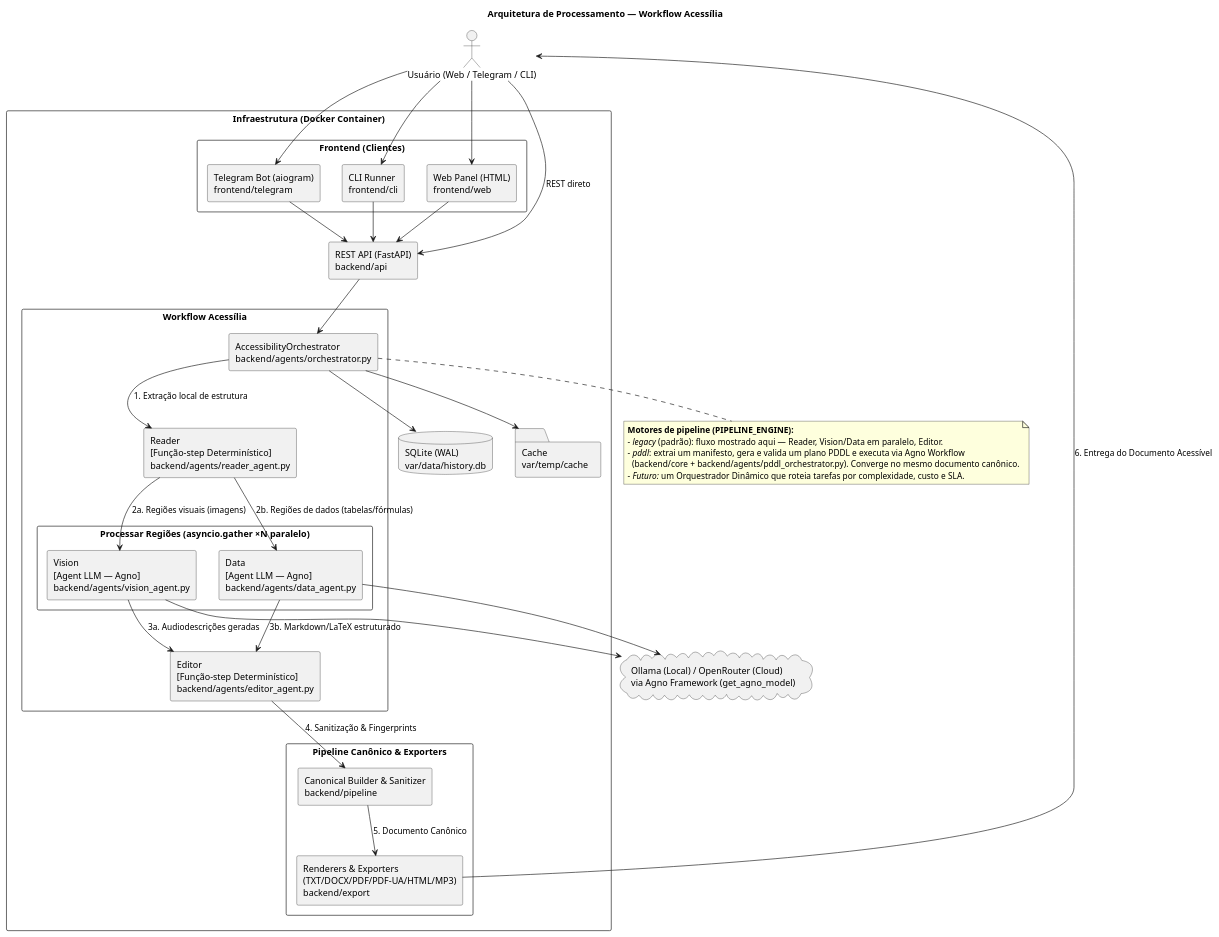
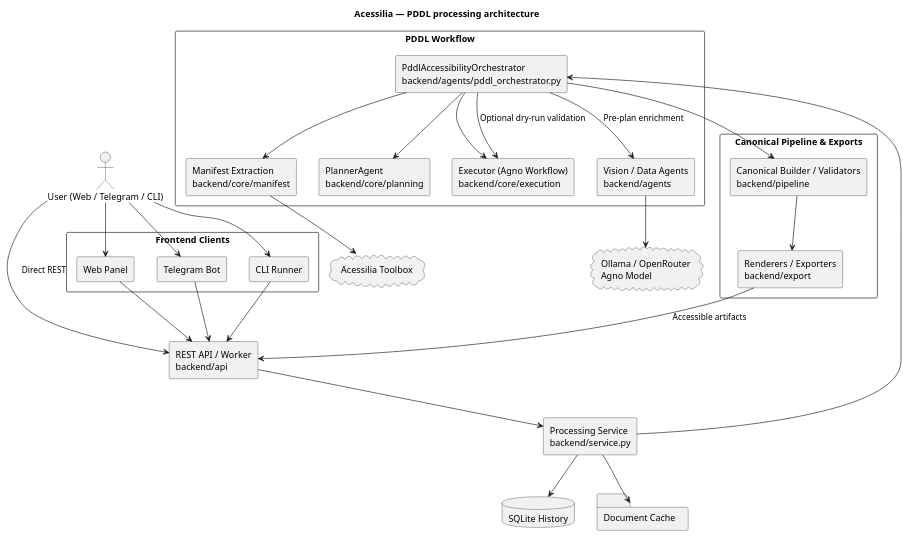
The diagram in docs/architecture/architecture.puml (A11yDevs/acessilia), drawn with PlantUML before and after one commit. The commit also changed 21 other files, not shown here.

Commit message:
docs: align setup and architecture with the PDDL Toolbox workflow

```diff
--- a/docs/architecture/architecture.puml
+++ b/docs/architecture/architecture.puml
@@ -1,77 +1,52 @@
 @startuml architecture
 skinparam componentStyle rectangle
 skinparam shadowing false
 skinparam packageStyle rectangle
+title Acessilia — PDDL processing architecture
 
-title Arquitetura de Processamento — Workflow Acessília
-
-actor "Usuário (Web / Telegram / CLI)" as User
-
-package "Infraestrutura (Docker Container)" {
-  
-  package "Frontend (Clientes)" {
-    component "Web Panel (HTML)\nfrontend/web" as WebUI
-    component "Telegram Bot (aiogram)\nfrontend/telegram" as TelegramBot
-    component "CLI Runner\nfrontend/cli" as CLI
-  }
-
-  component "REST API (FastAPI)\nbackend/api" as API
-
-  package "Workflow Acessília" {
-    component "AccessibilityOrchestrator\nbackend/agents/orchestrator.py" as Orchestrator
-    
-    component "Reader\n[Função-step Determinístico]\nbackend/agents/reader_agent.py" as Reader
-    
-    package "Processar Regiões (asyncio.gather ×N paralelo)" {
-      component "Vision\n[Agent LLM — Agno]\nbackend/agents/vision_agent.py" as Vision
-      component "Data\n[Agent LLM — Agno]\nbackend/agents/data_agent.py" as Data
-    }
-    
-    component "Editor\n[Função-step Determinístico]\nbackend/agents/editor_agent.py" as Editor
-  }
-
-  package "Pipeline Canônico & Exporters" {
-    component "Canonical Builder & Sanitizer\nbackend/pipeline" as Pipeline
-    component "Renderers & Exporters\n(TXT/DOCX/PDF/PDF-UA/HTML/MP3)\nbackend/export" as Exporters
-  }
-
-  database "SQLite (WAL)\nvar/data/history.db" as DB
-  folder "Cache\nvar/temp/cache" as Cache
+actor "User (Web / Telegram / CLI)" as User
+package "Frontend Clients" {
+  component "Web Panel" as WebUI
+  component "Telegram Bot" as TelegramBot
+  component "CLI Runner" as CLI
 }
-
-cloud "Ollama (Local) / OpenRouter (Cloud)\nvia Agno Framework (get_agno_model)" as AI
-
-note bottom of Orchestrator
-  <b>Motores de pipeline (PIPELINE_ENGINE):</b>
-  - <i>legacy</i> (padrão): fluxo mostrado aqui — Reader, Vision/Data em paralelo, Editor.
-  - <i>pddl</i>: extrai um manifesto, gera e valida um plano PDDL e executa via Agno Workflow
-    (backend/core + backend/agents/pddl_orchestrator.py). Converge no mesmo documento canônico.
-  - <i>Futuro:</i> um Orquestrador Dinâmico que roteia tarefas por complexidade, custo e SLA.
-end note
+component "REST API / Worker\nbackend/api" as API
+component "Processing Service\nbackend/service.py" as Service
+package "PDDL Workflow" {
+  component "PddlAccessibilityOrchestrator\nbackend/agents/pddl_orchestrator.py" as Orchestrator
+  component "Manifest Extraction\nbackend/core/manifest" as Manifest
+  component "PlannerAgent\nbackend/core/planning" as Planner
+  component "Executor (Agno Workflow)\nbackend/core/execution" as Executor
+  component "Vision / Data Agents\nbackend/agents" as Agents
+}
+package "Canonical Pipeline & Exports" {
+  component "Canonical Builder / Validators\nbackend/pipeline" as Pipeline
+  component "Renderers / Exporters\nbackend/export" as Exporters
+}
+database "SQLite History" as DB
+folder "Document Cache" as Cache
+cloud "Acessilia Toolbox" as Toolbox
+cloud "Ollama / OpenRouter\nAgno Model" as AI
 
 User --> WebUI
 User --> TelegramBot
 User --> CLI
-User --> API : REST direto
-
+User --> API : Direct REST
 WebUI --> API
 TelegramBot --> API
 CLI --> API
-API --> Orchestrator
-
-Orchestrator --> DB
-Orchestrator --> Cache
-
-Orchestrator --> Reader : 1. Extração local de estrutura
-Reader --> Vision : 2a. Regiões visuais (imagens)
-Reader --> Data : 2b. Regiões de dados (tabelas/fórmulas)
-Vision --> AI
-Data --> AI
-
-Vision --> Editor : 3a. Audiodescrições geradas
-Data --> Editor : 3b. Markdown/LaTeX estruturado
-Editor --> Pipeline : 4. Sanitização & Fingerprints
-Pipeline --> Exporters : 5. Documento Canônico
-Exporters --> User : 6. Entrega do Documento Acessível
-
+API --> Service
+Service --> DB
+Service --> Cache
+Service --> Orchestrator
+Orchestrator --> Manifest
+Manifest --> Toolbox
+Orchestrator --> Planner
+Orchestrator --> Executor
+Orchestrator --> Agents : Pre-plan enrichment
+Orchestrator --> Executor : Optional dry-run validation
+Agents --> AI
+Orchestrator --> Pipeline
+Pipeline --> Exporters
+Exporters --> API : Accessible artifacts
 @enduml
```
